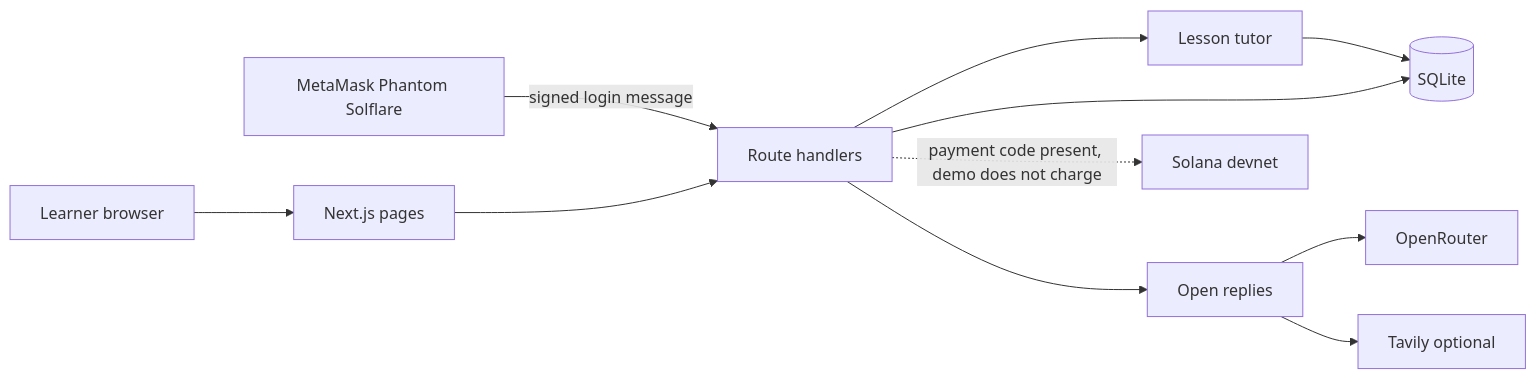
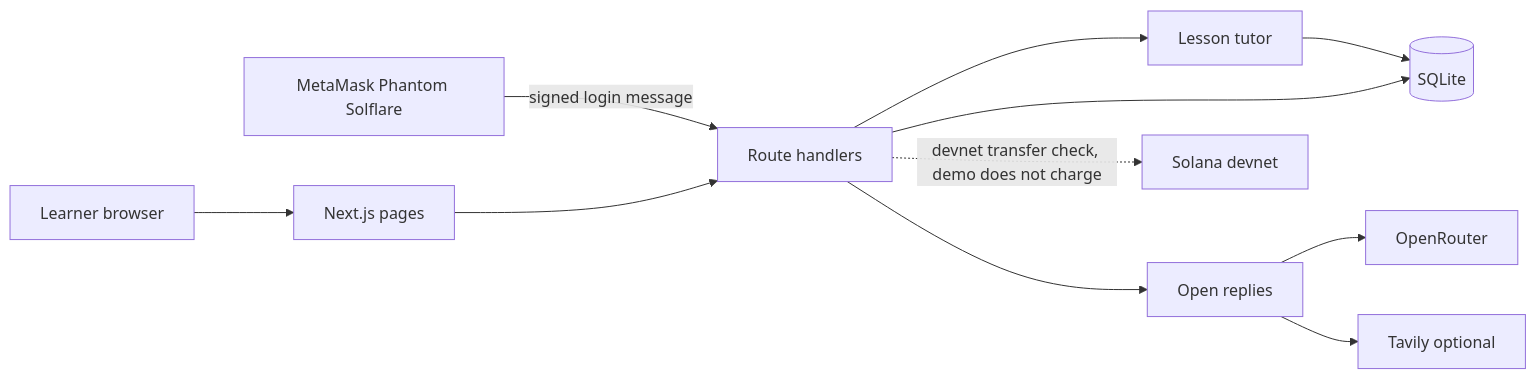
The diagram in docs/architecture.md (natthawat141/melearn_solana_chat), drawn with Mermaid before and after one commit. The commit also changed other lines of this file and 66 other files, not shown here.

````diff
--- a/docs/architecture.md
+++ b/docs/architecture.md
@@ -9,24 +9,24 @@
 ```mermaid
 flowchart LR
   learner[Learner browser]
   wallets[MetaMask Phantom Solflare]
   ui[Next.js pages]
   api[Route handlers]
   tutor[Lesson tutor]
   model[Open replies]
   db[(SQLite)]
   openrouter[OpenRouter]
   tavily[Tavily optional]
   solana[Solana devnet]
 
   learner --> ui
   wallets -->|signed login message| api
   ui --> api
   api --> tutor
   api --> model
   tutor --> db
   api --> db
   model --> openrouter
   model --> tavily
-  api -.->|payment code present, demo does not charge| solana
+  api -.->|devnet transfer check, demo does not charge| solana
 ```
````
